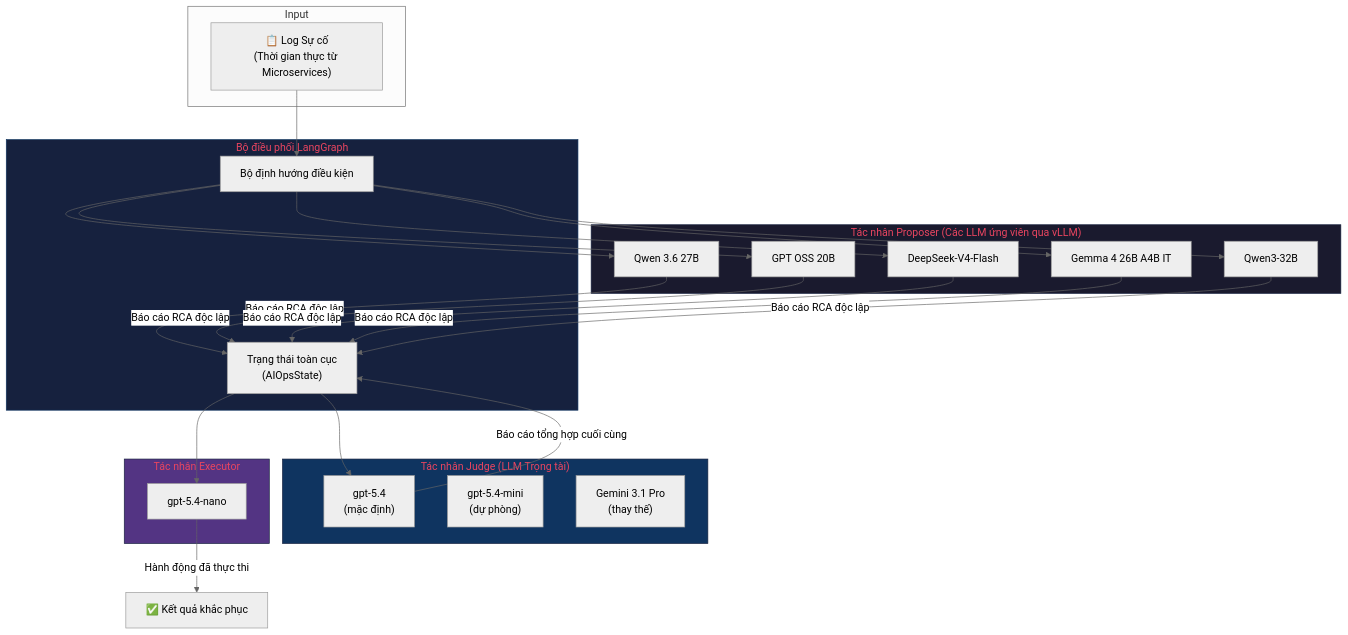
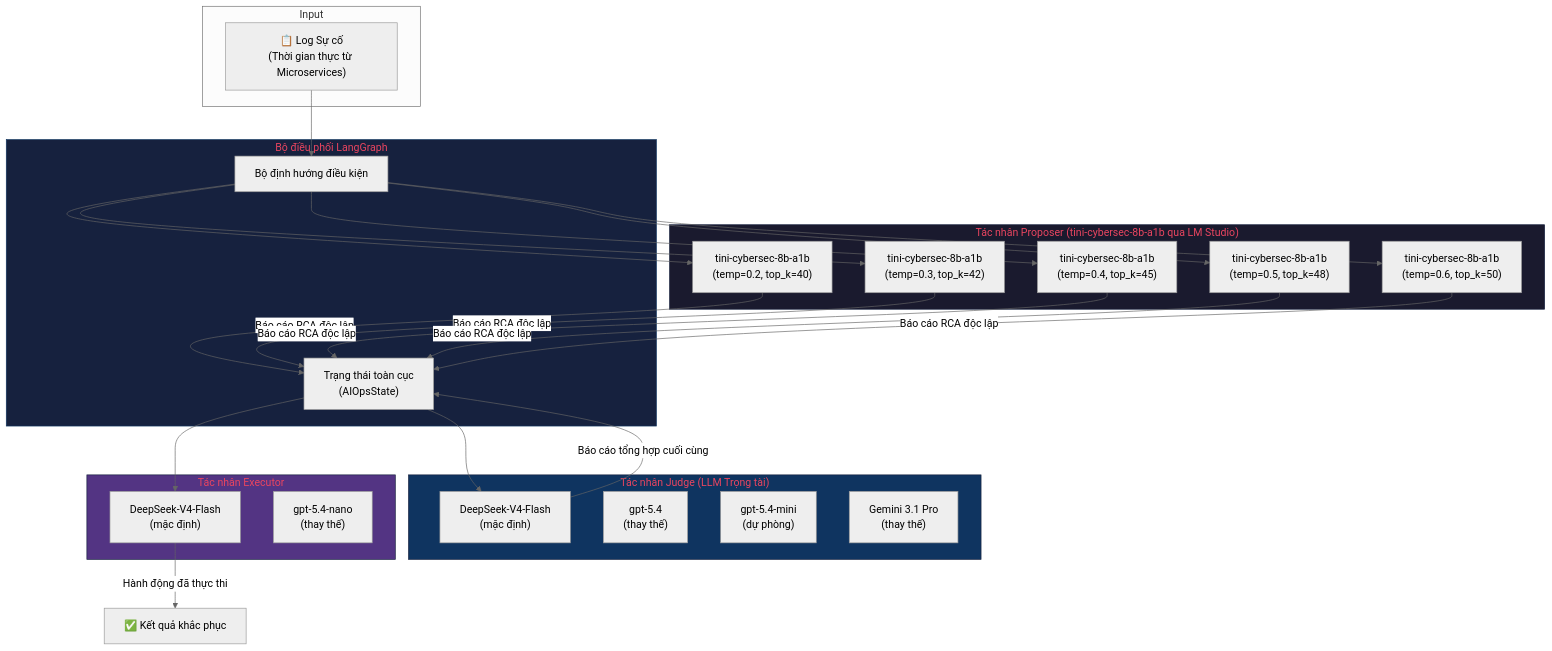
One commit to n3r0-b1n4ry/openmair changed the first of 4 diagrams in docs/vi/ARCHITECTURE.md. Above: the diagram before and after it, drawn with Mermaid (neutral theme). The commit also changed other lines of this file and 16 other files, not shown here.

Commit message:
docs: implement comprehensive architecture documentation and expand agent system modules

````diff
--- a/docs/vi/ARCHITECTURE.md
+++ b/docs/vi/ARCHITECTURE.md
@@ -13,42 +13,44 @@
 ```mermaid
 graph TB
     subgraph Input
         LOGS["📋 Log Sự cố<br/>(Thời gian thực từ Microservices)"]
     end
 
-    subgraph Proposers["Tác nhân Proposer (Các LLM ứng viên qua vLLM)"]
-        P1["Qwen 3.6 27B"]
-        P2["GPT OSS 20B"]
-        P3["DeepSeek-V4-Flash"]
-        P4["Gemma 4 26B A4B IT"]
-        P5["Qwen3-32B"]
+    subgraph Proposers["Tác nhân Proposer (tini-cybersec-8b-a1b qua LM Studio)"]
+        P1["tini-cybersec-8b-a1b<br/>(temp=0.2, top_k=40)"]
+        P2["tini-cybersec-8b-a1b<br/>(temp=0.3, top_k=42)"]
+        P3["tini-cybersec-8b-a1b<br/>(temp=0.4, top_k=45)"]
+        P4["tini-cybersec-8b-a1b<br/>(temp=0.5, top_k=48)"]
+        P5["tini-cybersec-8b-a1b<br/>(temp=0.6, top_k=50)"]
     end
 
     subgraph Judge["Tác nhân Judge (LLM Trọng tài)"]
-        J1["gpt-5.4<br/>(mặc định)"]
-        J2["gpt-5.4-mini<br/>(dự phòng)"]
-        J3["Gemini 3.1 Pro<br/>(thay thế)"]
+        J1["DeepSeek-V4-Flash<br/>(mặc định)"]
+        J2["gpt-5.4<br/>(thay thế)"]
+        J3["gpt-5.4-mini<br/>(dự phòng)"]
+        J4["Gemini 3.1 Pro<br/>(thay thế)"]
     end
 
     subgraph Executor["Tác nhân Executor"]
-        E1["gpt-5.4-nano"]
+        E1["DeepSeek-V4-Flash<br/>(mặc định)"]
+        E2["gpt-5.4-nano<br/>(thay thế)"]
     end
 
     subgraph Orchestrator["Bộ điều phối LangGraph"]
         STATE["Trạng thái toàn cục<br/>(AIOpsState)"]
         ROUTER["Bộ định hướng điều kiện"]
     end
 
     LOGS --> ROUTER
     ROUTER --> P1 & P2 & P3 & P4 & P5
     P1 & P2 & P3 & P4 & P5 -->|"Báo cáo RCA độc lập"| STATE
     STATE --> J1
     J1 -->|"Báo cáo tổng hợp cuối cùng"| STATE
     STATE --> E1
     E1 -->|"Hành động đã thực thi"| OUTPUT["✅ Kết quả khắc phục"]
 
     style Proposers fill:#1a1a2e,stroke:#16213e,color:#e94560
     style Judge fill:#0f3460,stroke:#16213e,color:#e94560
     style Executor fill:#533483,stroke:#16213e,color:#e94560
     style Orchestrator fill:#16213e,stroke:#0f3460,color:#e94560
 ```
````
